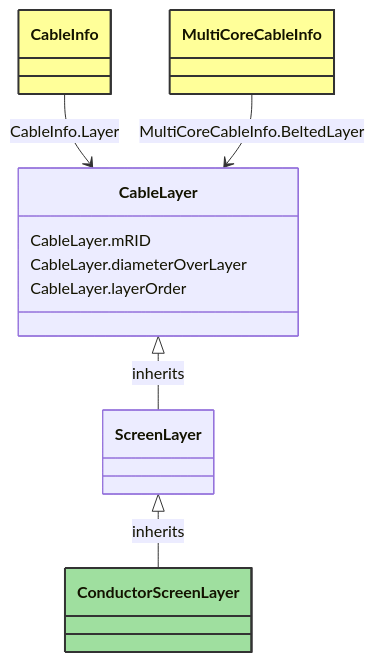
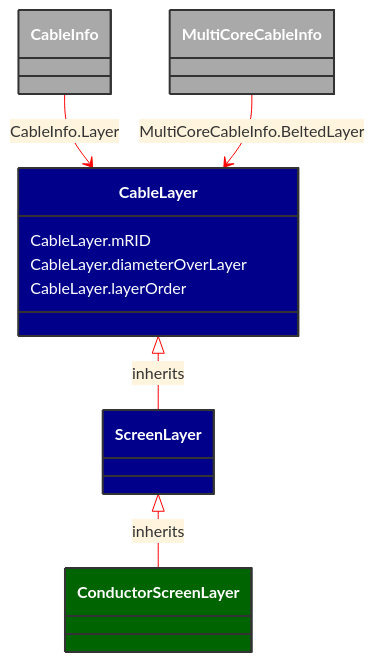
One commit to 3lbits/NoCIMExtensions changed the diagram in docs/Models/Profiles/SubseaCableInfo/ConcreteClasses/ConductorScreenLayer.md. Above: the diagram before and after it, drawn with Mermaid. The commit also changed 58 other files, not shown here.

````diff
--- a/docs/Models/Profiles/SubseaCableInfo/ConcreteClasses/ConductorScreenLayer.md
+++ b/docs/Models/Profiles/SubseaCableInfo/ConcreteClasses/ConductorScreenLayer.md
@@ -8,36 +8,37 @@
 ```mermaid
+%%{init: {'theme':'base','themeVariables': {'lineColor': '#FF0000'}}}%%
 classDiagram
     class ConductorScreenLayer
     click ConductorScreenLayer href "/Models/Profiles/SubseaCableInfo/ConcreteClasses/ConductorScreenLayer/"
-    style ConductorScreenLayer fill:#9fdf9f,stroke:#333,stroke-width:2px,rx:10,ry:10
+    style ConductorScreenLayer fill:#006400,stroke:#333,stroke-width:2px,rx:10,ry:10,color:white
 
         ScreenLayer <|-- ConductorScreenLayer : inherits
             click ScreenLayer href "/Models/Profiles/SubseaCableInfo/ConcreteClasses/ScreenLayer/"
-            style ScreenLayer rx:10,ry:10
+            style ScreenLayer fill:#00008B,stroke:#333,stroke-width:2px,rx:10,ry:10,color:white
 
         ConductorScreenLayer
             click ConductorScreenLayer href "/Models/Profiles/SubseaCableInfo/ConcreteClasses/ConductorScreenLayer/"
-            style ConductorScreenLayer rx:10,ry:10
+            style ScreenLayer fill:#00008B,stroke:#333,stroke-width:2px,rx:10,ry:10,color:white
 
         CableLayer <|-- ScreenLayer : inherits
             click CableLayer href "/Models/Profiles/SubseaCableInfo/AbstractClasses/CableLayer/"
-            style CableLayer rx:10,ry:10
+            style CableLayer fill:#00008B,stroke:#333,stroke-width:2px,rx:10,ry:10,color:white
 
 
         CableInfo --> CableLayer : CableInfo.Layer
 
         CableInfo
             click CableInfo href "/Models/Profiles/SubseaCableInfo/ConcreteClasses/CableInfo/"
-            style CableInfo fill:#ffff99,stroke:#333,stroke-width:2px,rx:10,ry:10
+            style CableInfo fill:#A9A9A9,stroke:#333,stroke-width:2px,rx:10,ry:10,color:white
 
         MultiCoreCableInfo --> CableLayer : MultiCoreCableInfo.BeltedLayer
 
         MultiCoreCableInfo
             click MultiCoreCableInfo href "/Models/Profiles/SubseaCableInfo/ConcreteClasses/MultiCoreCableInfo/"
-            style MultiCoreCableInfo fill:#ffff99,stroke:#333,stroke-width:2px,rx:10,ry:10
+            style MultiCoreCableInfo fill:#A9A9A9,stroke:#333,stroke-width:2px,rx:10,ry:10,color:white
 
 
         CableLayer : CableLayer.mRID
         CableLayer : CableLayer.diameterOverLayer
         CableLayer : CableLayer.layerOrder
 ```
````
